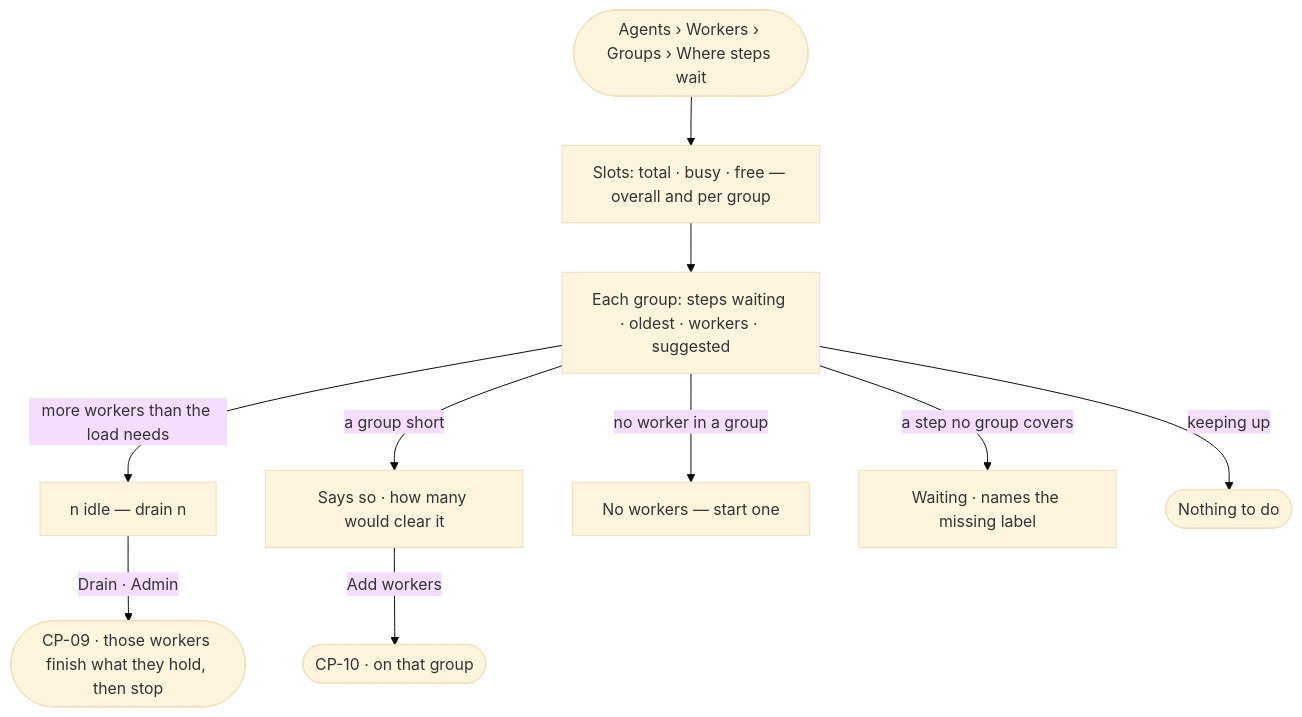
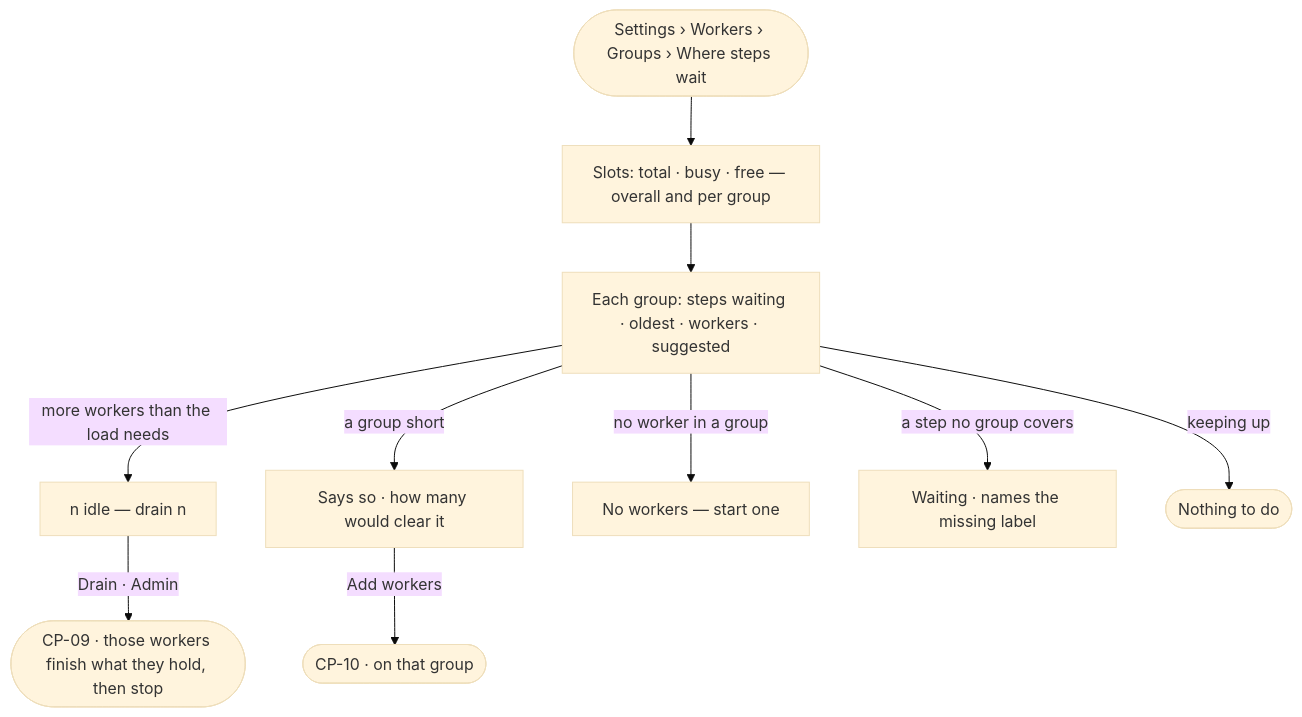
One commit to invana/invana changed the diagram in specs/os/control/features/CP-F03-workers-and-the-queue/stories/CP-08-see-how-many-workers-each-group-needs/story.md. Above: the diagram before and after it, drawn with Mermaid (base theme). The commit also changed other lines of this file and 43 other files, not shown here.

First line of the commit message:
docs(specs): Agents mode keeps work; Plugins, Fleet, Workers move to Settings

````diff
--- a/specs/os/control/features/CP-F03-workers-and-the-queue/stories/CP-08-see-how-many-workers-each-group-needs/story.md
+++ b/specs/os/control/features/CP-F03-workers-and-the-queue/stories/CP-08-see-how-many-workers-each-group-needs/story.md
@@ -27,12 +27,12 @@
 ```mermaid
 flowchart TD
-  s([Agents › Workers › Groups › Where steps wait]) --> sl["Slots: total · busy · free — overall and per group"]
+  s([Settings › Workers › Groups › Where steps wait]) --> sl["Slots: total · busy · free — overall and per group"]
   sl --> g["Each group: steps waiting · oldest · workers · suggested"]
   g -->|more workers than the load needs| idle["n idle — drain n"]
   idle -->|Drain · Admin| dr(["CP-09 · those workers finish what they hold, then stop"])
   g -->|a group short| c["Says so · how many would clear it"]
   c -->|Add workers| add(["CP-10 · on that group"])
   g -->|no worker in a group| nw["No workers — start one"]
   g -->|a step no group covers| un["Waiting · names the missing label"]
   g -->|keeping up| ok(["Nothing to do"])
 ```
````
